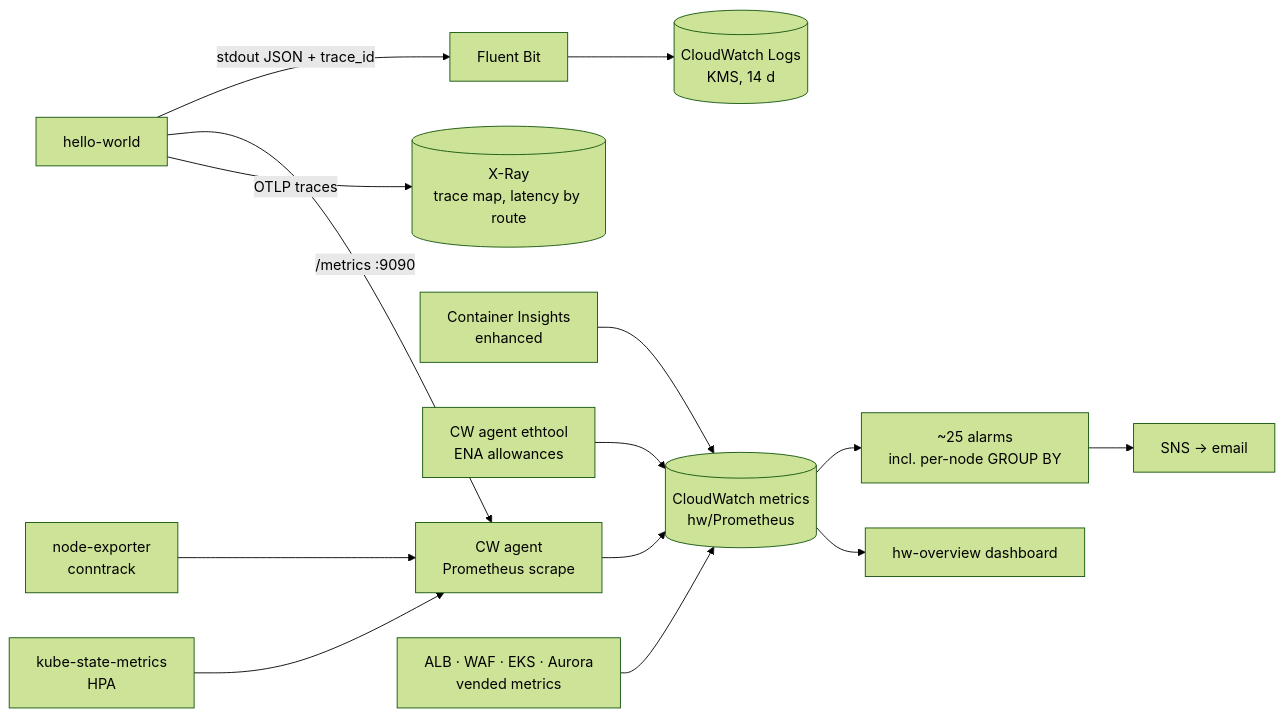
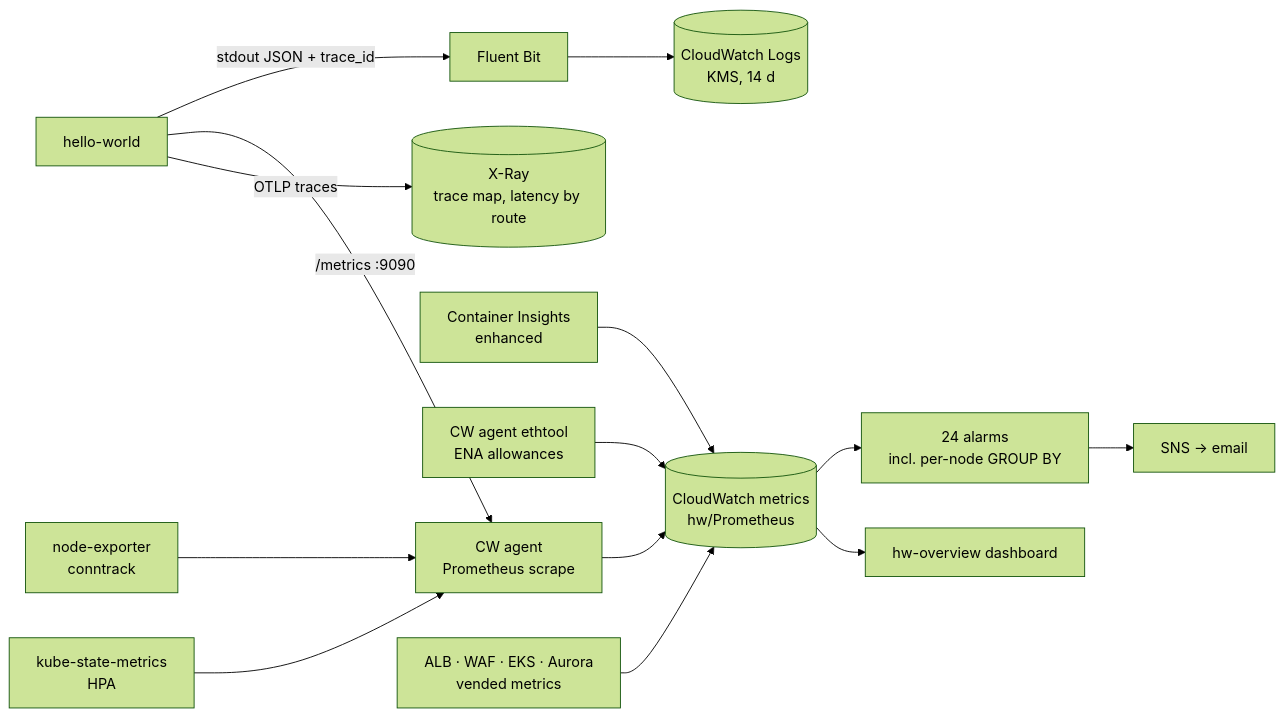
Before and after one commit to balusarakesh/hw-platform: the fourth of 4 diagrams in docs/architecture.md, drawn with Mermaid (forest theme).

Commit message:
Docs: alarm count

````diff
--- a/docs/architecture.md
+++ b/docs/architecture.md
@@ -91,14 +91,14 @@
 ```mermaid
 flowchart LR
   app[hello-world] -->|stdout JSON + trace_id| fb[Fluent Bit] --> cwl[(CloudWatch Logs<br/>KMS, 14 d)]
   app -->|/metrics :9090| prom[CW agent<br/>Prometheus scrape]
   ne[node-exporter<br/>conntrack] --> prom
   ksm[kube-state-metrics<br/>HPA] --> prom
   prom --> cwm[(CloudWatch metrics<br/>hw/Prometheus)]
   ci[Container Insights<br/>enhanced] --> cwm
   ena[CW agent ethtool<br/>ENA allowances] --> cwm
   app -->|OTLP traces| xray[(X-Ray<br/>trace map, latency by route)]
   alb[ALB · WAF · EKS · Aurora<br/>vended metrics] --> cwm
-  cwm --> alarms[~25 alarms<br/>incl. per-node GROUP BY] --> sns[SNS → email]
+  cwm --> alarms[24 alarms<br/>incl. per-node GROUP BY] --> sns[SNS → email]
   cwm --> dash[hw-overview dashboard]
 ```
````
